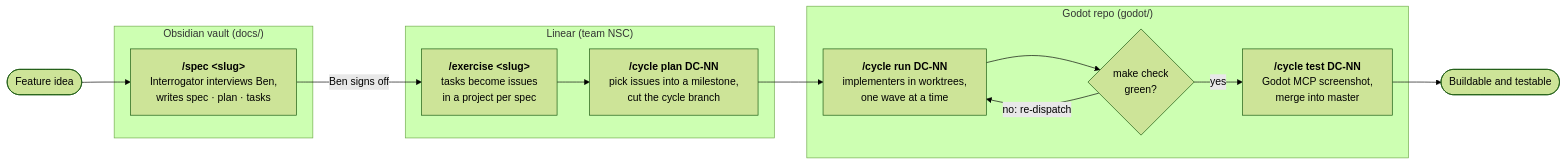
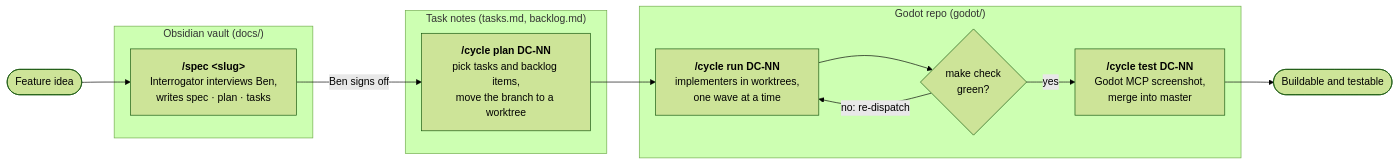
The diagram in README.md (bknize/midnightearth), drawn with Mermaid (forest theme) before and after one commit. The commit also changed other lines of this file and 160 other files, not shown here.

First line of the commit message:
tooling: drop Linear, track tasks in the vault, add the dashboard

````diff
--- a/README.md
+++ b/README.md
@@ -35,27 +35,25 @@
 ```mermaid
 flowchart LR
     idea([Feature idea]) --> spec
 
     subgraph vault ["Obsidian vault (docs/)"]
         spec["<b>/spec #lt;slug#gt;</b><br/>Interrogator interviews Ben,<br/>writes spec · plan · tasks"]
     end
 
-    subgraph tracker ["Linear (team NSC)"]
-        exercise["<b>/exercise #lt;slug#gt;</b><br/>tasks become issues<br/>in a project per spec"]
-        plan["<b>/cycle plan DC-NN</b><br/>pick issues into a milestone,<br/>cut the cycle branch"]
+    subgraph tracker ["Task notes (tasks.md, backlog.md)"]
+        plan["<b>/cycle plan DC-NN</b><br/>pick tasks and backlog items,<br/>move the branch to a worktree"]
     end
 
     subgraph build ["Godot repo (godot/)"]
         run["<b>/cycle run DC-NN</b><br/>implementers in worktrees,<br/>one wave at a time"]
         gate{"make check<br/>green?"}
         test["<b>/cycle test DC-NN</b><br/>Godot MCP screenshot,<br/>merge into master"]
     end
 
-    spec -- "Ben signs off" --> exercise
-    exercise --> plan
+    spec -- "Ben signs off" --> plan
     plan --> run
     run --> gate
     gate -- "no: re-dispatch" --> run
     gate -- yes --> test
     test --> done([Buildable and testable])
 ```
````
